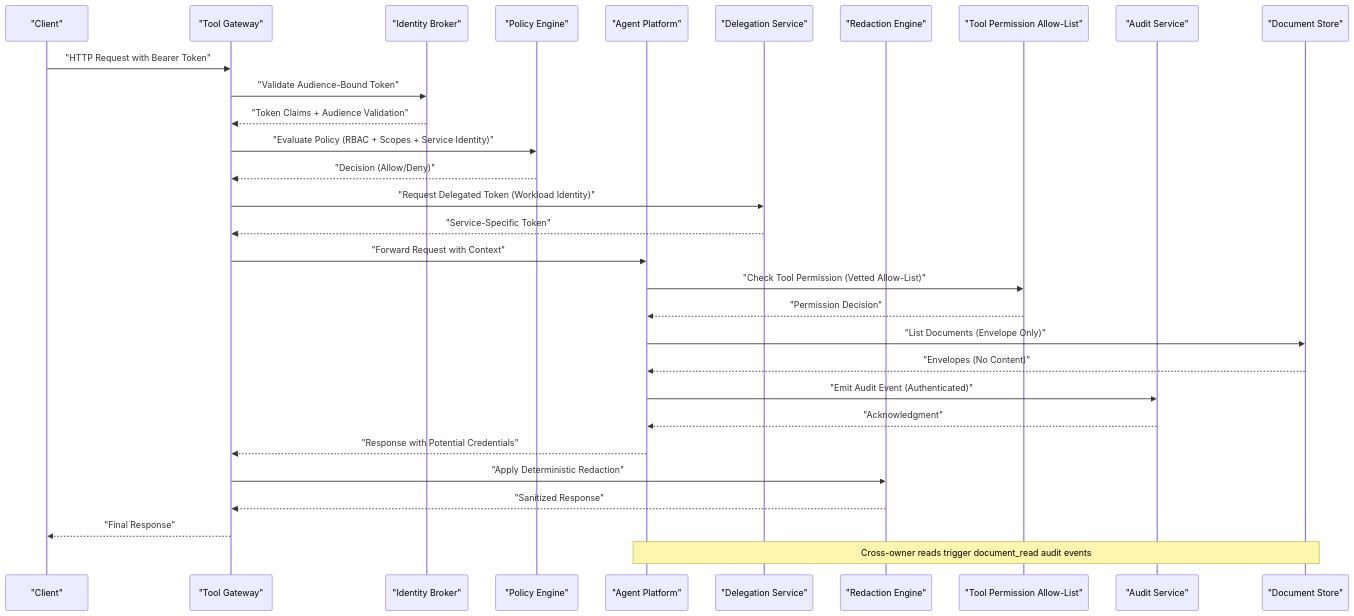
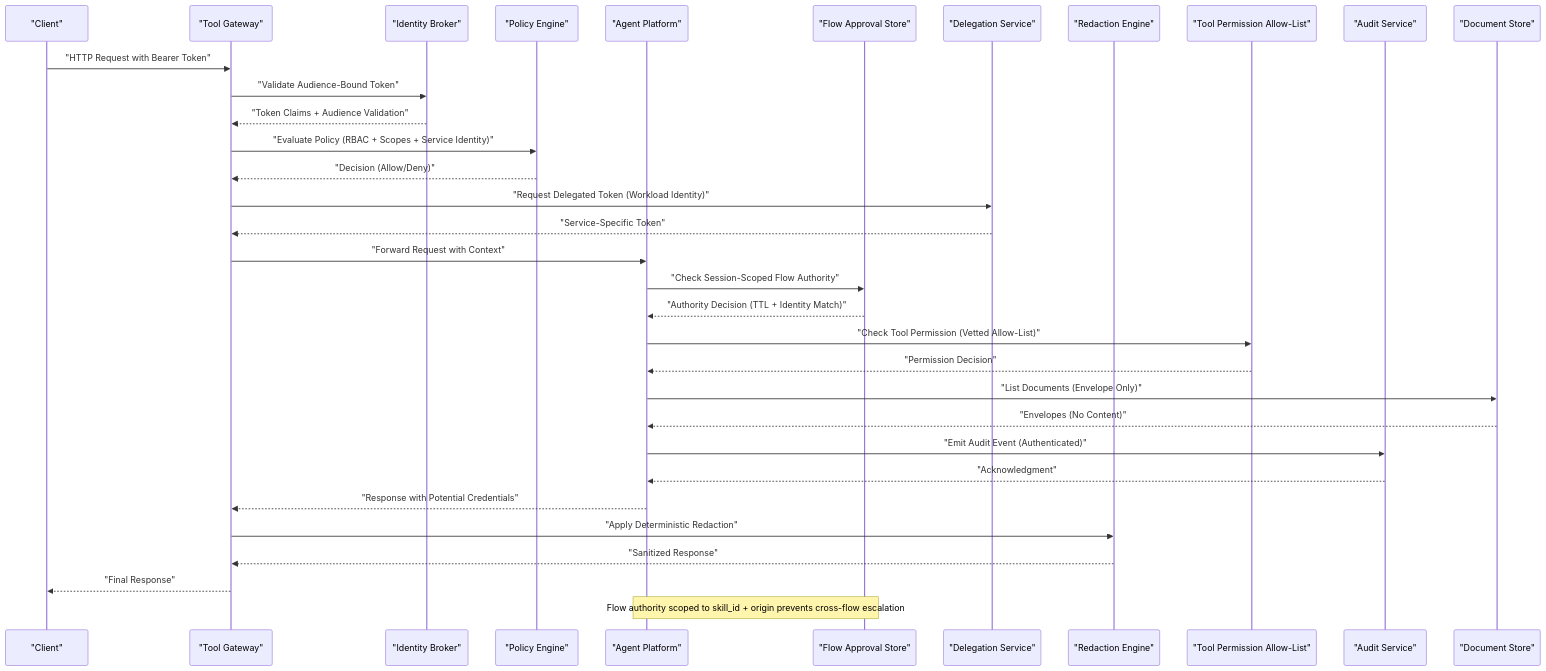
The second of 11 diagrams in .qoder/repowiki/en/content/Security Guide/Security Guide.md (metasync/luban-aiops), drawn with Mermaid before and after one commit. The commit also changed other lines of this file and 121 other files, not shown here.

````diff
--- a/.qoder/repowiki/en/content/Security Guide/Security Guide.md
+++ b/.qoder/repowiki/en/content/Security Guide/Security Guide.md
@@ -141,32 +153,35 @@
 ```mermaid
 sequenceDiagram
 participant Client as "Client"
 participant Gateway as "Tool Gateway"
 participant Broker as "Identity Broker"
 participant Policy as "Policy Engine"
 participant Agent as "Agent Platform"
+participant FlowStore as "Flow Approval Store"
 participant Delegation as "Delegation Service"
 participant Redaction as "Redaction Engine"
 participant AllowList as "Tool Permission Allow-List"
 participant AuditService as "Audit Service"
 participant DocStore as "Document Store"
 Client->>Gateway : "HTTP Request with Bearer Token"
 Gateway->>Broker : "Validate Audience-Bound Token"
 Broker-->>Gateway : "Token Claims + Audience Validation"
 Gateway->>Policy : "Evaluate Policy (RBAC + Scopes + Service Identity)"
 Policy-->>Gateway : "Decision (Allow/Deny)"
 Gateway->>Delegation : "Request Delegated Token (Workload Identity)"
 Delegation-->>Gateway : "Service-Specific Token"
 Gateway->>Agent : "Forward Request with Context"
+Agent->>FlowStore : "Check Session-Scoped Flow Authority"
+FlowStore-->>Agent : "Authority Decision (TTL + Identity Match)"
 Agent->>AllowList : "Check Tool Permission (Vetted Allow-List)"
 AllowList-->>Agent : "Permission Decision"
 Agent->>DocStore : "List Documents (Envelope Only)"
 DocStore-->>Agent : "Envelopes (No Content)"
 Agent->>AuditService : "Emit Audit Event (Authenticated)"
 AuditService-->>Agent : "Acknowledgment"
 Agent-->>Gateway : "Response with Potential Credentials"
 Gateway->>Redaction : "Apply Deterministic Redaction"
 Redaction-->>Gateway : "Sanitized Response"
 Gateway-->>Client : "Final Response"
-Note over Agent,DocStore : Cross-owner reads trigger document_read audit events
+Note over Agent,FlowStore : Flow authority scoped to skill_id + origin prevents cross-flow escalation
 ```
````
